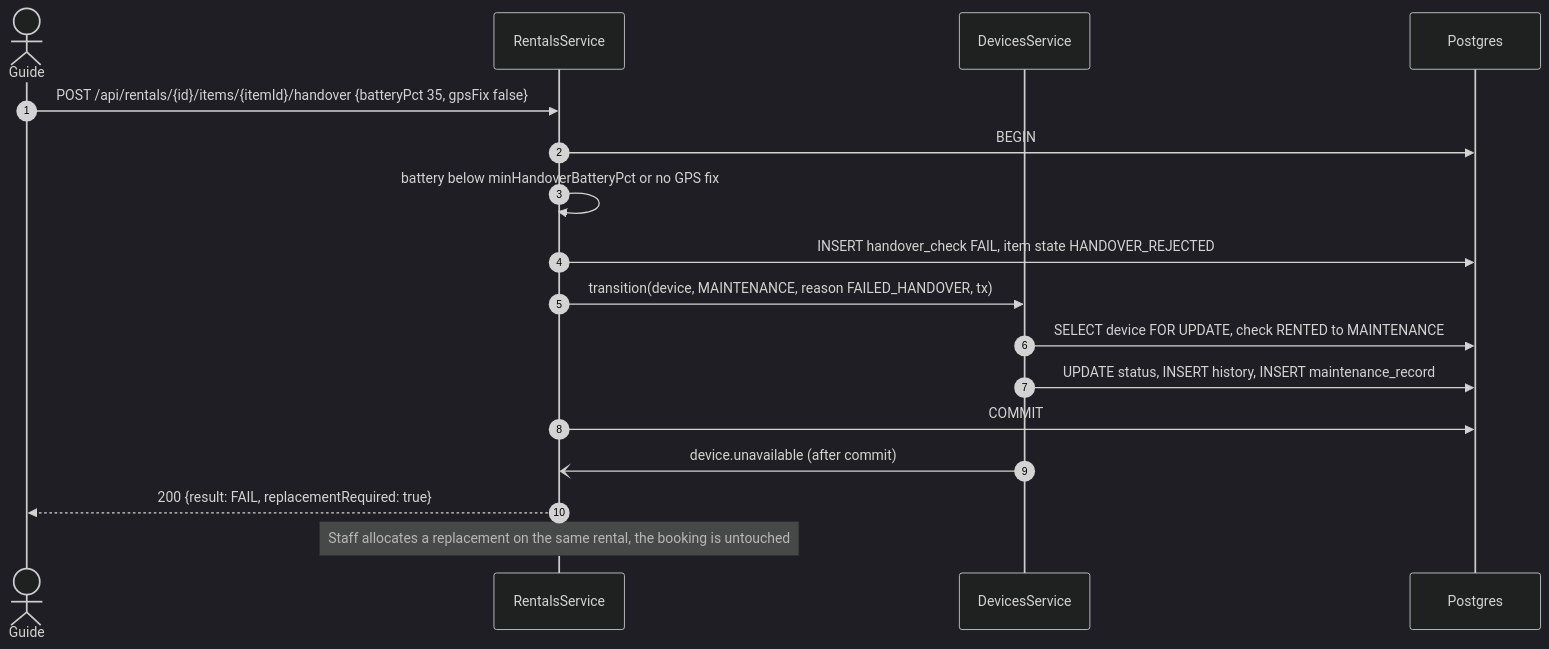
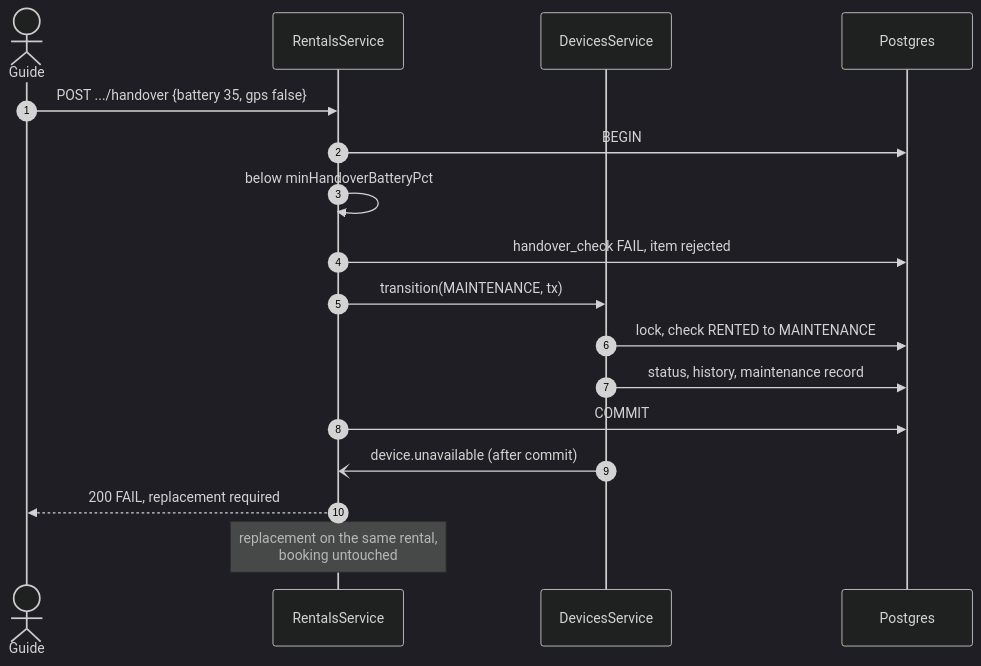
The second of 3 diagrams in specs/devices/design.md (TrekLink-Team/treklink-web), drawn with Mermaid (dark theme) before and after one commit. The commit also changed other lines of this file and 30 other files, not shown here.

First line of the commit message:
docs(rentals): specify bookings, device holds, agreements, check-out and return

````diff
--- a/specs/devices/design.md
+++ b/specs/devices/design.md
@@ -226,19 +226,19 @@
 ```mermaid
 sequenceDiagram
     autonumber
     actor G as Guide
     participant R as RentalsService
     participant D as DevicesService
     participant DB as Postgres
-    G->>R: POST /api/rentals/{id}/items/{itemId}/handover {batteryPct 35, gpsFix false}
+    G->>R: POST .../handover {battery 35, gps false}
     R->>DB: BEGIN
-    R->>R: battery below minHandoverBatteryPct or no GPS fix
-    R->>DB: INSERT handover_check FAIL, item state HANDOVER_REJECTED
-    R->>D: transition(device, MAINTENANCE, reason FAILED_HANDOVER, tx)
-    D->>DB: SELECT device FOR UPDATE, check RENTED to MAINTENANCE
-    D->>DB: UPDATE status, INSERT history, INSERT maintenance_record
+    R->>R: below minHandoverBatteryPct
+    R->>DB: handover_check FAIL, item rejected
+    R->>D: transition(MAINTENANCE, tx)
+    D->>DB: lock, check RENTED to MAINTENANCE
+    D->>DB: status, history, maintenance record
     R->>DB: COMMIT
     D-)R: device.unavailable (after commit)
-    R-->>G: 200 {result: FAIL, replacementRequired: true}
-    Note over R: Staff allocates a replacement on the same rental, the booking is untouched
+    R-->>G: 200 FAIL, replacement required
+    Note over R: replacement on the same rental,<br/>booking untouched
 ```
````
